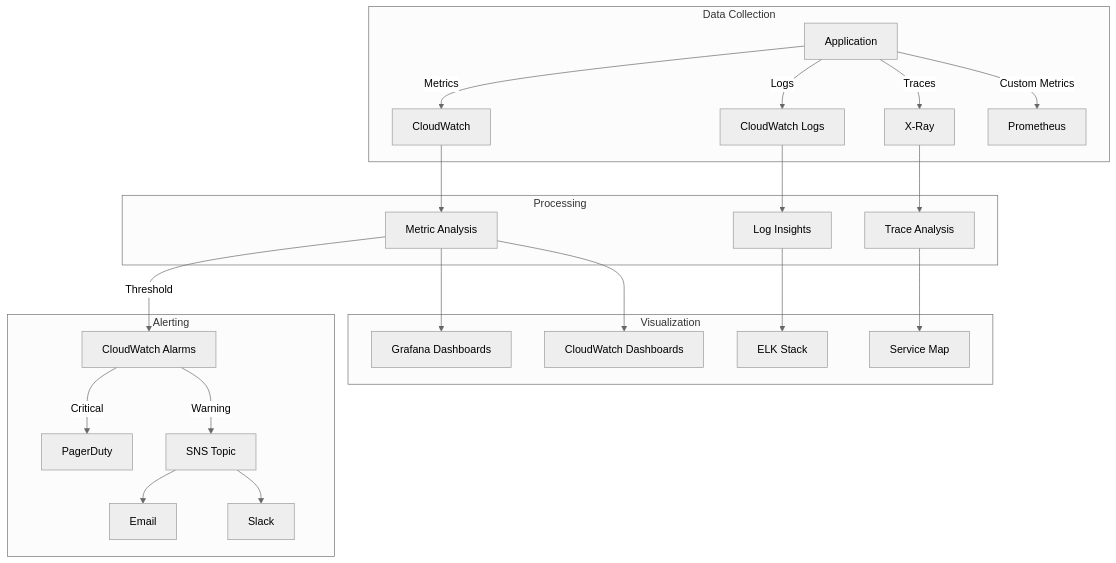
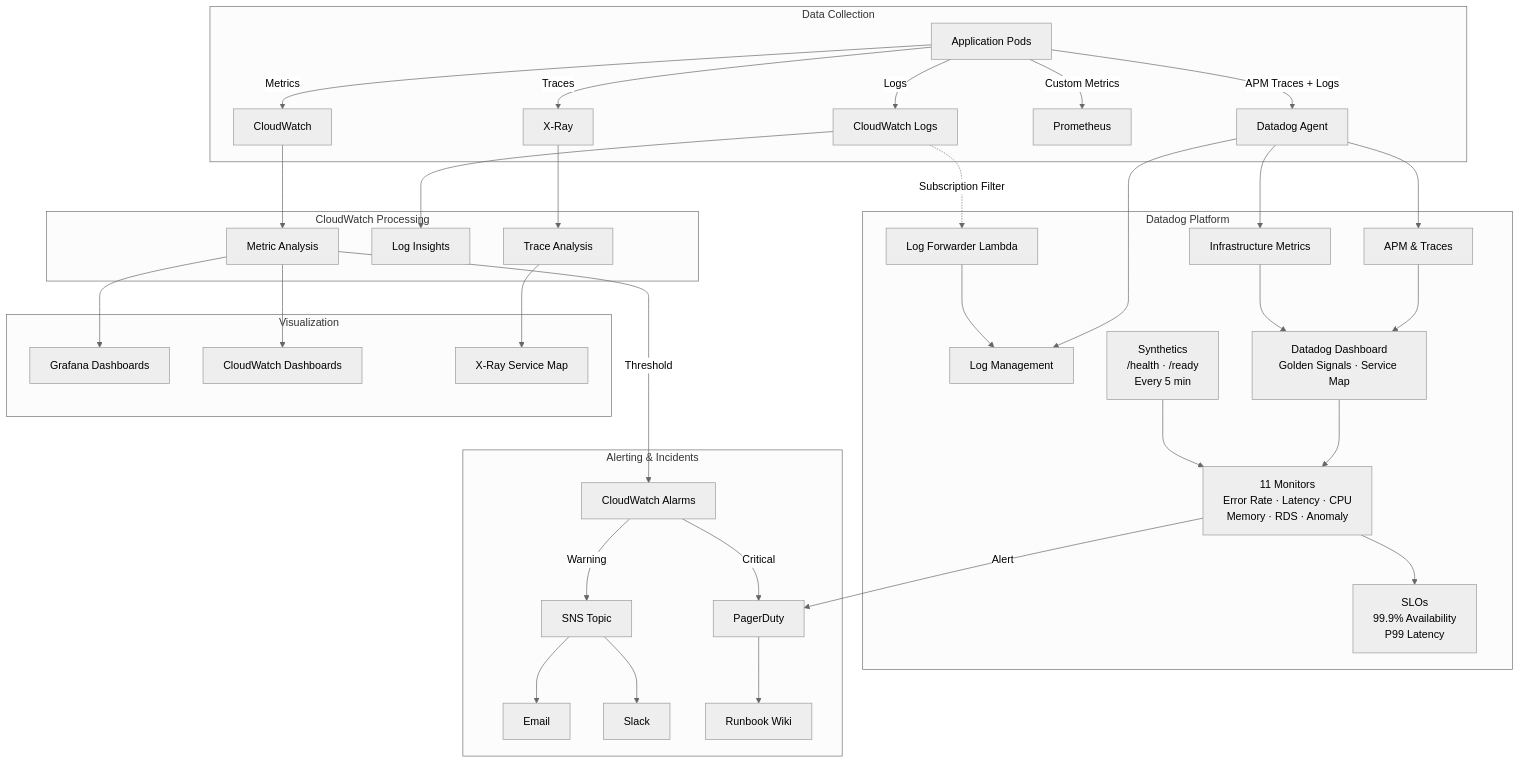
Before and after one commit to hoangsonww/PetSwipe-Match-App: diagram 11 of 11 in DEVOPS.md, drawn with Mermaid (neutral theme). The commit also changed other lines of this file and 22 other files, not shown here.

Commit message:
feat(datadog): integrate Datadog observability with APM, logging, and monitoring configurations

````diff
--- a/DEVOPS.md
+++ b/DEVOPS.md
@@ -744,30 +756,46 @@
 ```mermaid
 flowchart TB
-    subgraph "Data Collection"
-        App[Application] -->|Metrics| CW[CloudWatch]
+    subgraph Collection["Data Collection"]
+        App[Application Pods]
+        App -->|Metrics| CW[CloudWatch]
         App -->|Logs| CWL[CloudWatch Logs]
         App -->|Traces| XRay[X-Ray]
         App -->|Custom Metrics| Prom[Prometheus]
+        App -->|APM Traces + Logs| DDAgent[Datadog Agent]
     end
-    
-    subgraph "Processing"
+
+    subgraph Datadog["Datadog Platform"]
+        DDAgent --> DDAPM[APM & Traces]
+        DDAgent --> DDLogs[Log Management]
+        DDAgent --> DDInfra[Infrastructure Metrics]
+        DDForwarder[Log Forwarder Lambda] --> DDLogs
+        CWL -.->|Subscription Filter| DDForwarder
+        DDAPM --> DDDash[Datadog Dashboard<br/>Golden Signals · Service Map]
+        DDInfra --> DDDash
+        DDDash --> DDMonitors[11 Monitors<br/>Error Rate · Latency · CPU<br/>Memory · RDS · Anomaly]
+        DDMonitors --> DDSLOs[SLOs<br/>99.9% Availability<br/>P99 Latency]
+        DDSynth[Synthetics<br/>/health · /ready<br/>Every 5 min] --> DDMonitors
+    end
+
+    subgraph Processing["CloudWatch Processing"]
         CW --> Analysis[Metric Analysis]
         CWL --> LogInsights[Log Insights]
         XRay --> TraceAnalysis[Trace Analysis]
     end
-    
-    subgraph "Visualization"
+
+    subgraph Visualization["Visualization"]
         Analysis --> Grafana[Grafana Dashboards]
         Analysis --> CWDB[CloudWatch Dashboards]
-        LogInsights --> ELK[ELK Stack]
-        TraceAnalysis --> ServiceMap[Service Map]
+        TraceAnalysis --> ServiceMap[X-Ray Service Map]
     end
-    
-    subgraph "Alerting"
+
+    subgraph Alerting["Alerting & Incidents"]
         Analysis -->|Threshold| Alarm[CloudWatch Alarms]
-        Alarm -->|Critical| PD[PagerDuty]
+        DDMonitors -->|Alert| PD[PagerDuty]
+        Alarm -->|Critical| PD
         Alarm -->|Warning| SNS[SNS Topic]
         SNS --> Email[Email]
         SNS --> Slack[Slack]
+        PD --> Runbook[Runbook Wiki]
     end
 ```
````
